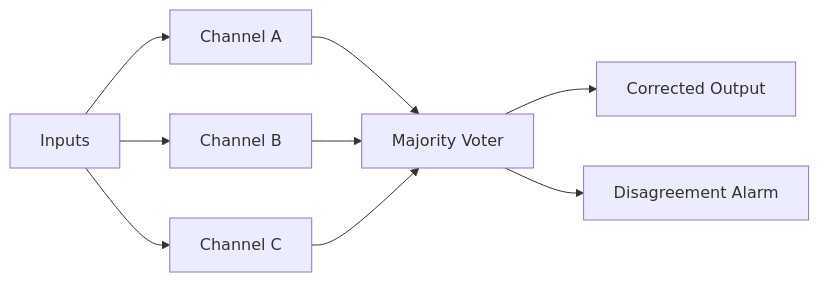
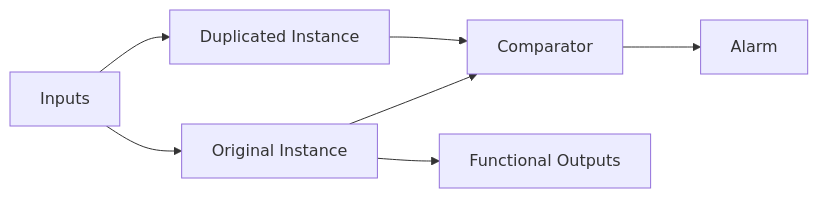
One commit to qiqixixi1001/automotive-safeic-practice changed the fourth of 9 diagrams in articles/GitHub_D22_macro_level_safety_synthesis.md. Above: the diagram before and after it, drawn with Mermaid. The commit also changed other lines of this file, not shown here.

````diff
--- a/articles/GitHub_D22_macro_level_safety_synthesis.md
+++ b/articles/GitHub_D22_macro_level_safety_synthesis.md
@@ -124,11 +249,9 @@
 ```mermaid
 flowchart LR
-    IN[Inputs] --> A[Channel A]
-    IN --> B[Channel B]
-    IN --> C[Channel C]
-    A --> V[Majority Voter]
-    B --> V
-    C --> V
-    V --> OUT[Corrected Output]
-    V --> ALM[Disagreement Alarm]
+    IN[Inputs] --> A[Original Instance]
+    IN --> B[Duplicated Instance]
+    A --> C[Comparator]
+    B --> C
+    C --> ALM[Alarm]
+    A --> OUT[Functional Outputs]
 ```
````
